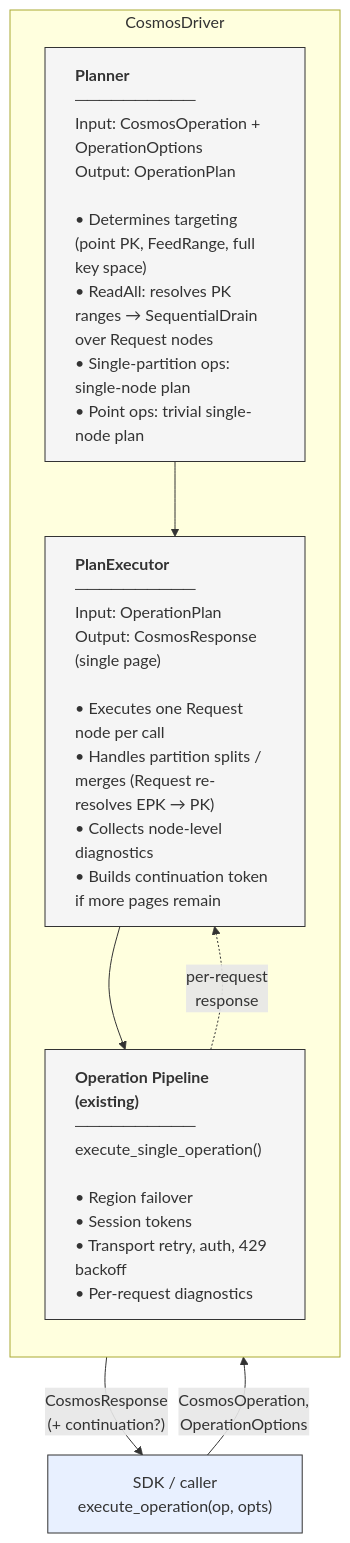
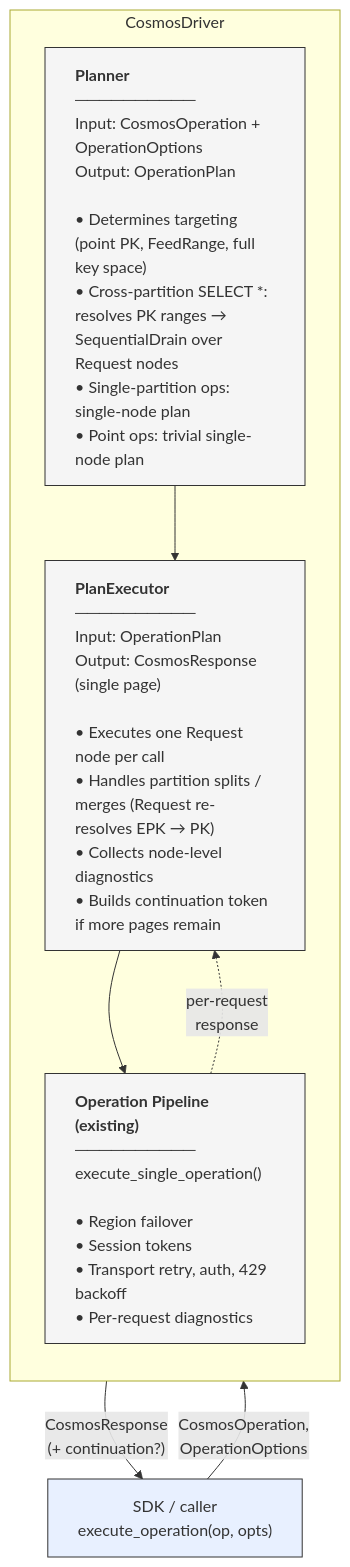
Before and after one commit to Azure/azure-sdk-for-rust: the diagram in sdk/cosmos/azure_data_cosmos_driver/docs/FEED_OPERATIONS_SPEC.md, drawn with Mermaid. The commit also changed other lines of this file, not shown here.

Commit message:
rename ResponseBody::Single to ResponseBody::Bytes

````diff
--- a/sdk/cosmos/azure_data_cosmos_driver/docs/FEED_OPERATIONS_SPEC.md
+++ b/sdk/cosmos/azure_data_cosmos_driver/docs/FEED_OPERATIONS_SPEC.md
@@ -122,26 +141,26 @@
 ```mermaid
 flowchart TB
     Caller["SDK / caller<br/>execute_operation(op, opts)"]
 
     subgraph Driver["CosmosDriver"]
         direction TB
 
-        Planner["<b>Planner</b><br/>──────────<br/>Input: CosmosOperation + OperationOptions<br/>Output: OperationPlan<br/><br/>• Determines targeting (point PK, FeedRange, full key space)<br/>• ReadAll: resolves PK ranges → SequentialDrain over Request nodes<br/>• Single-partition ops: single-node plan<br/>• Point ops: trivial single-node plan"]
+        Planner["<b>Planner</b><br/>──────────<br/>Input: CosmosOperation + OperationOptions<br/>Output: OperationPlan<br/><br/>• Determines targeting (point PK, FeedRange, full key space)<br/>• Cross-partition SELECT *: resolves PK ranges → SequentialDrain over Request nodes<br/>• Single-partition ops: single-node plan<br/>• Point ops: trivial single-node plan"]
 
         Executor["<b>PlanExecutor</b><br/>──────────<br/>Input: OperationPlan<br/>Output: CosmosResponse (single page)<br/><br/>• Executes one Request node per call<br/>• Handles partition splits / merges (Request re-resolves EPK → PK)<br/>• Collects node-level diagnostics<br/>• Builds continuation token if more pages remain"]
 
         Pipeline["<b>Operation Pipeline (existing)</b><br/>──────────<br/>execute_single_operation()<br/><br/>• Region failover<br/>• Session tokens<br/>• Transport retry, auth, 429 backoff<br/>• Per-request diagnostics"]
 
         Planner --> Executor
         Executor --> Pipeline
     end
 
     Caller -->|"CosmosOperation,<br/>OperationOptions"| Planner
     Pipeline -.->|"per-request<br/>response"| Executor
     Executor -->|"CosmosResponse<br/>(+ continuation?)"| Caller
 
     classDef component fill:#f5f5f5,stroke:#333,stroke-width:1px,text-align:left
     classDef caller fill:#e8f0ff,stroke:#333,stroke-width:1px
     class Planner,Executor,Pipeline component
     class Caller caller
 ```
````
